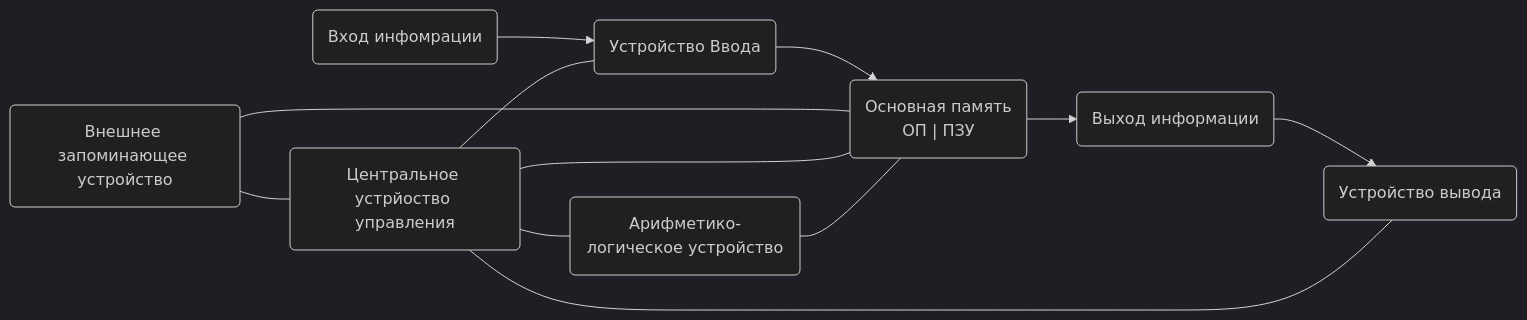
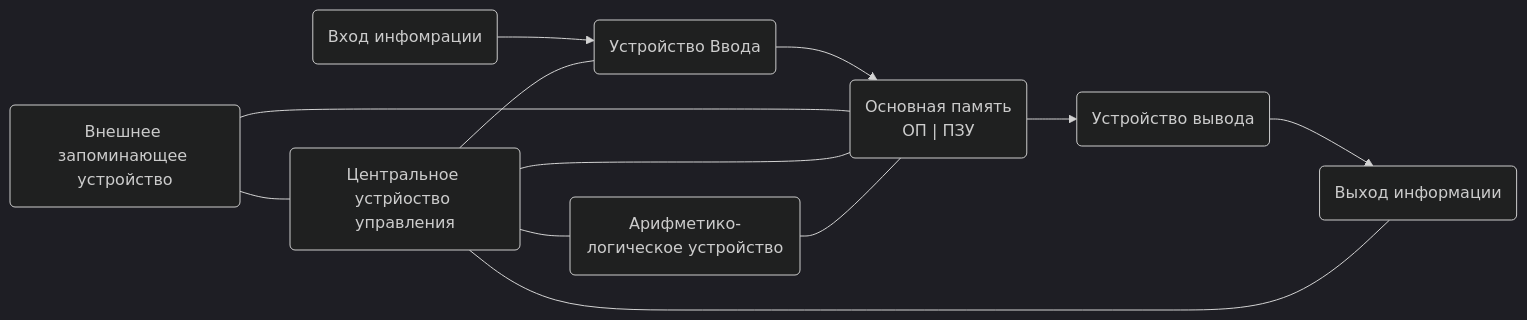
The diagram in Учеба КНИТУ/Информатика/Конспекты лекций/Информация и информатика 22.10.26.md (wesdyqq/study-sync), drawn with Mermaid (dark theme) before and after one commit. The commit also changed other lines of this file and 6 other files, not shown here.

````diff
--- a/Учеба КНИТУ/Информатика/Конспекты лекций/Информация и информатика 22.10.26.md
+++ b/Учеба КНИТУ/Информатика/Конспекты лекций/Информация и информатика 22.10.26.md
@@ -21,19 +24,19 @@
 ```mermaid
 flowchart LR
 A("Вход инфомрации")
 AA("Устройство Ввода")
 B("Основная память</br>ОП | ПЗУ")
-C("Выход информации")
-CC("Устройство вывода")
+CC("Выход информации")
+C("Устройство вывода")
 D("Внешнее запоминающее устройство")
 E("Центральное устрйоство управления")
 F("Арифметико-логическое устройство")
 
 A-->AA-->B-->C-->CC
 D---E---F
 D---B
 E---B
 E---AA
 E---CC
 F---B
 ```
````
